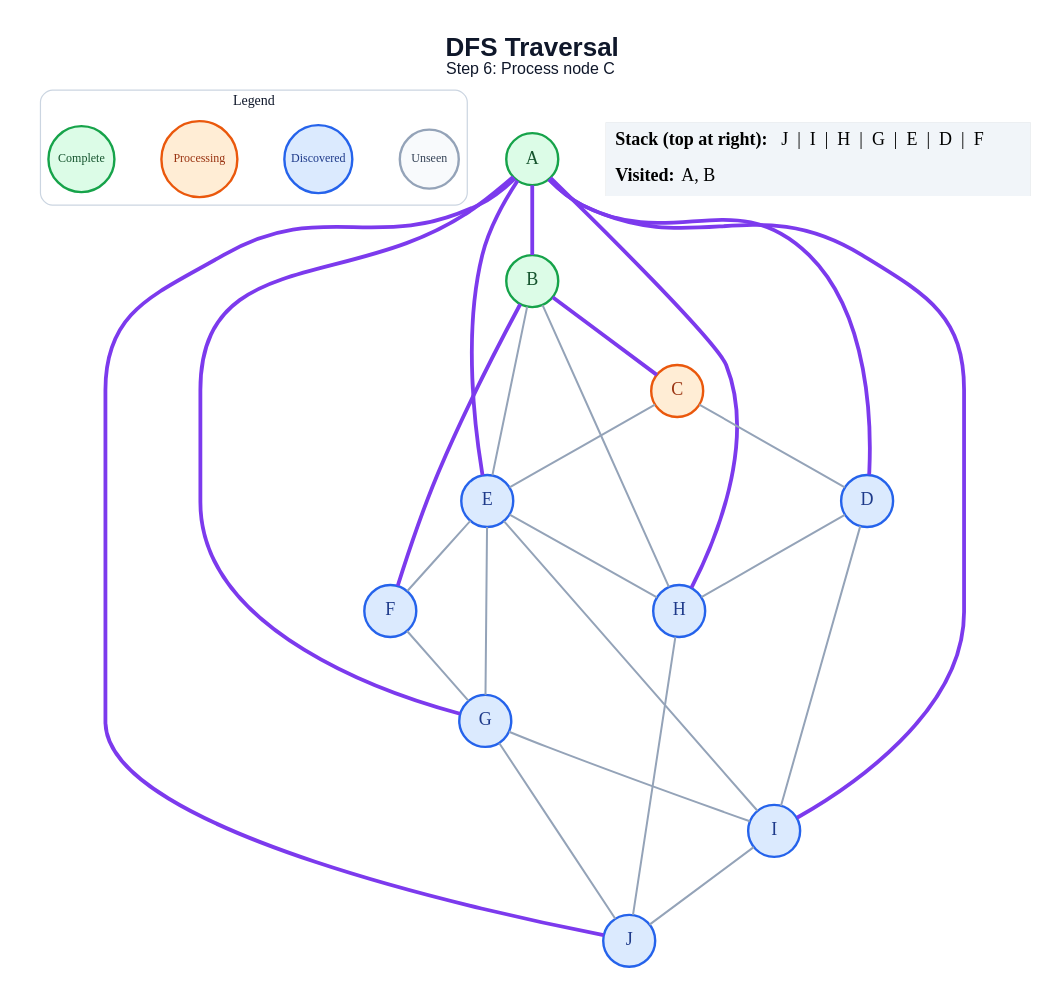
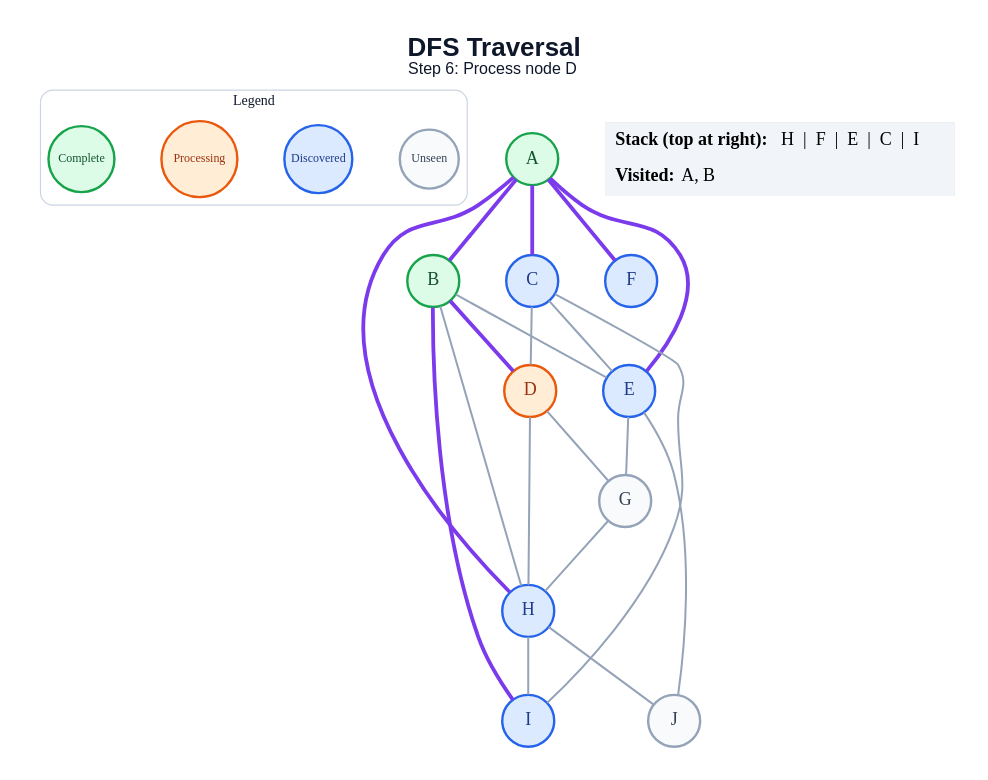
Before and after one commit to anon7238593-create/ai-slop: the diagram in generated/dfs/step_06.dot, drawn with Graphviz. The commit also changed 171 other files, not shown here.

```diff
--- a/generated/dfs/step_06.dot
+++ b/generated/dfs/step_06.dot
@@ -1,53 +1,48 @@
 graph traversal {
   graph [layout=dot, rankdir=TB, bgcolor="#FFFFFF", pad="0.35", nodesep="0.65", ranksep="0.8", fontname="Arial"];
   node [shape=circle, style="filled", fontname="Arial Bold", fontsize=18, width=0.72, fixedsize=true, penwidth=2.4];
   edge [color="#94A3B8", penwidth=2.0];
-  label=<<B>DFS Traversal</B><BR/><FONT POINT-SIZE="16">Step 6: Process node C</FONT>>; labelloc="t"; fontsize=26; fontname="Arial"; fontcolor="#0F172A";
+  label=<<B>DFS Traversal</B><BR/><FONT POINT-SIZE="16">Step 6: Process node D</FONT>>; labelloc="t"; fontsize=26; fontname="Arial"; fontcolor="#0F172A";
   subgraph cluster_legend { label="Legend"; color="#CBD5E1"; penwidth=1.2; style="rounded"; fontsize=14; fontname="Arial Bold";
     key_unseen [label="Unseen", fillcolor="#F8FAFC", color="#94A3B8", fontcolor="#334155", fontsize=12, width=0.82];
     key_frontier [label="Discovered", fillcolor="#DBEAFE", color="#2563EB", fontcolor="#1E3A8A", fontsize=12, width=0.95];
     key_current [label="Processing", fillcolor="#FFEDD5", color="#EA580C", fontcolor="#9A3412", fontsize=12, width=1.05];
     key_done [label="Complete", fillcolor="#DCFCE7", color="#16A34A", fontcolor="#14532D", fontsize=12, width=0.92];
     { rank=same; key_unseen; key_frontier; key_current; key_done; }
   }
   A [fillcolor="#DCFCE7", color="#16A34A", fontcolor="#14532D"];
   B [fillcolor="#DCFCE7", color="#16A34A", fontcolor="#14532D"];
-  C [fillcolor="#FFEDD5", color="#EA580C", fontcolor="#9A3412"];
-  D [fillcolor="#DBEAFE", color="#2563EB", fontcolor="#1E3A8A"];
+  C [fillcolor="#DBEAFE", color="#2563EB", fontcolor="#1E3A8A"];
+  D [fillcolor="#FFEDD5", color="#EA580C", fontcolor="#9A3412"];
   E [fillcolor="#DBEAFE", color="#2563EB", fontcolor="#1E3A8A"];
   F [fillcolor="#DBEAFE", color="#2563EB", fontcolor="#1E3A8A"];
-  G [fillcolor="#DBEAFE", color="#2563EB", fontcolor="#1E3A8A"];
+  G [fillcolor="#F8FAFC", color="#94A3B8", fontcolor="#334155"];
   H [fillcolor="#DBEAFE", color="#2563EB", fontcolor="#1E3A8A"];
   I [fillcolor="#DBEAFE", color="#2563EB", fontcolor="#1E3A8A"];
-  J [fillcolor="#DBEAFE", color="#2563EB", fontcolor="#1E3A8A"];
+  J [fillcolor="#F8FAFC", color="#94A3B8", fontcolor="#334155"];
   A -- B [color="#7C3AED", penwidth=3.8];
-  A -- D [color="#7C3AED", penwidth=3.8];
+  A -- C [color="#7C3AED", penwidth=3.8];
   A -- E [color="#7C3AED", penwidth=3.8];
-  A -- G [color="#7C3AED", penwidth=3.8];
+  A -- F [color="#7C3AED", penwidth=3.8];
   A -- H [color="#7C3AED", penwidth=3.8];
-  A -- I [color="#7C3AED", penwidth=3.8];
-  A -- J [color="#7C3AED", penwidth=3.8];
-  B -- C [color="#7C3AED", penwidth=3.8];
+  B -- D [color="#7C3AED", penwidth=3.8];
   B -- E;
-  B -- F [color="#7C3AED", penwidth=3.8];
   B -- H;
+  B -- I [color="#7C3AED", penwidth=3.8];
   C -- D;
   C -- E;
+  C -- I;
+  D -- G;
   D -- H;
-  D -- I;
-  E -- F;
   E -- G;
-  E -- H;
-  E -- I;
-  F -- G;
-  G -- I;
-  G -- J;
+  E -- J;
+  G -- H;
+  H -- I;
   H -- J;
-  I -- J;
   status [shape=plain, fixedsize=false, width=0, height=0, margin=0, label=<
     <TABLE BORDER="0" CELLBORDER="0" CELLPADDING="7" BGCOLOR="#F1F5F9">
-      <TR><TD ALIGN="LEFT"><B>Stack (top at right):</B> J  |  I  |  H  |  G  |  E  |  D  |  F</TD></TR>
+      <TR><TD ALIGN="LEFT"><B>Stack (top at right):</B> H  |  F  |  E  |  C  |  I</TD></TR>
       <TR><TD ALIGN="LEFT"><B>Visited:</B> A, B</TD></TR>
     </TABLE>
   >];
 }
```
